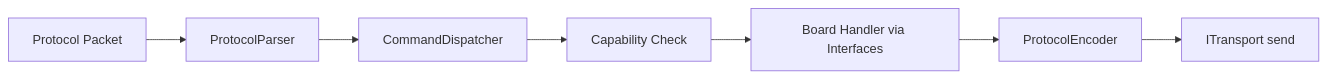
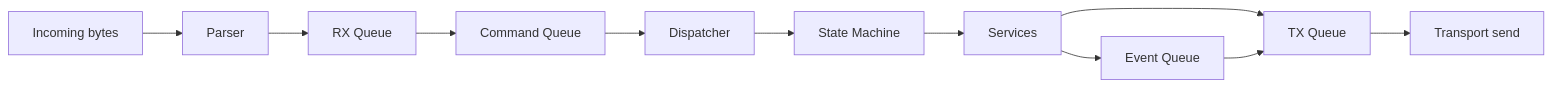
The third of 3 diagrams in docs/architecture.md (AntonioTRT/TRT-core), drawn with Mermaid before and after one commit. The commit also changed other lines of this file and 264 other files, not shown here.

````diff
--- a/docs/architecture.md
+++ b/docs/architecture.md
@@ -15,9 +35,14 @@
 ```mermaid
 flowchart LR
-    P[Protocol Packet] --> PR[ProtocolParser]
-    PR --> CD[CommandDispatcher]
-    CD --> CC[Capability Check]
-    CC --> BH[Board Handler via Interfaces]
-    BH --> EN[ProtocolEncoder]
-    EN --> TX[ITransport send]
+    RX[Incoming bytes] --> Parser[Parser]
+    Parser --> RXQ[RX Queue]
+    RXQ --> CQ[Command Queue]
+    CQ --> Disp[Dispatcher]
+    Disp --> SM[State Machine]
+    SM --> Svc[Services]
+    Svc --> TXQ[TX Queue]
+    TXQ --> TX[Transport send]
+
+    Svc --> EQ[Event Queue]
+    EQ --> TXQ
 ```
````
